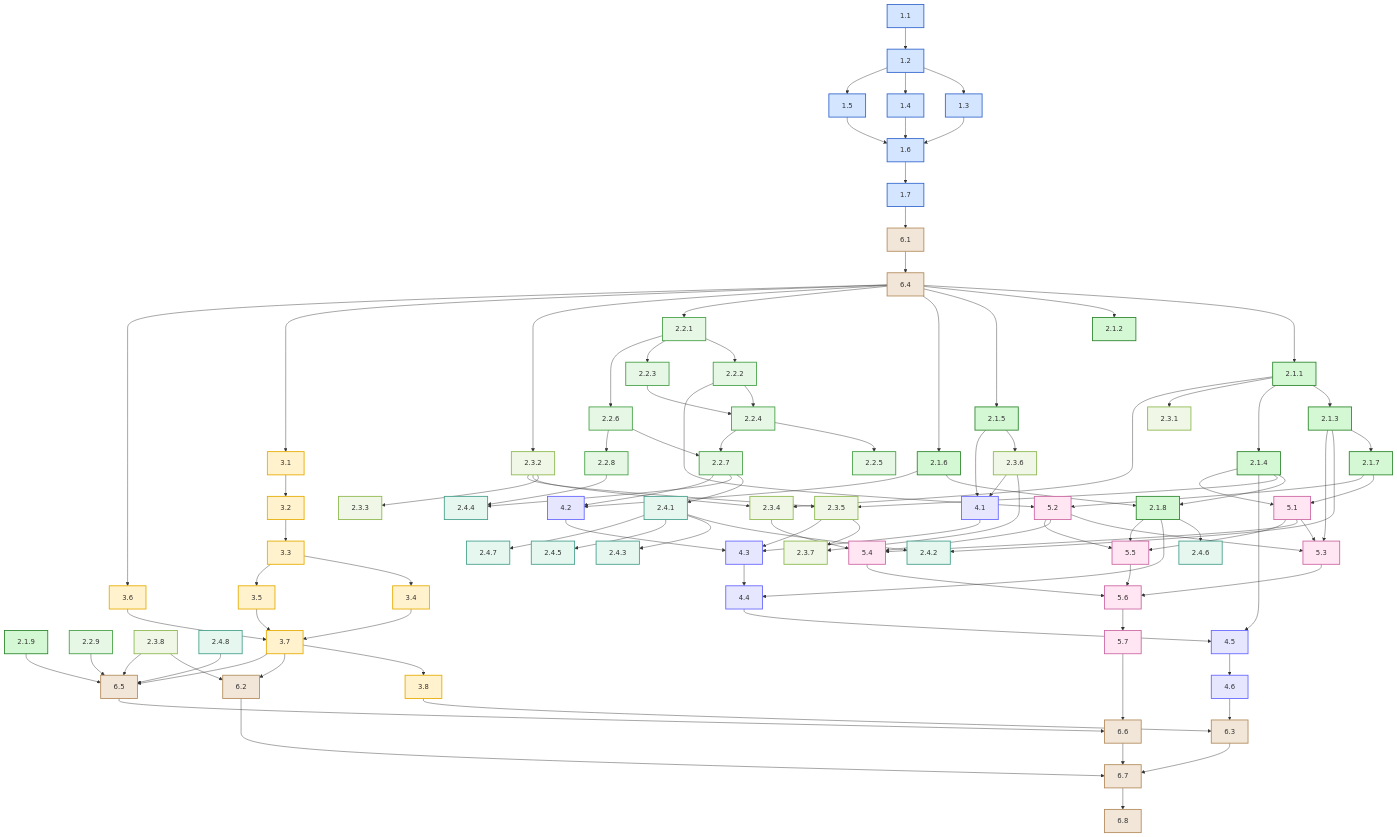
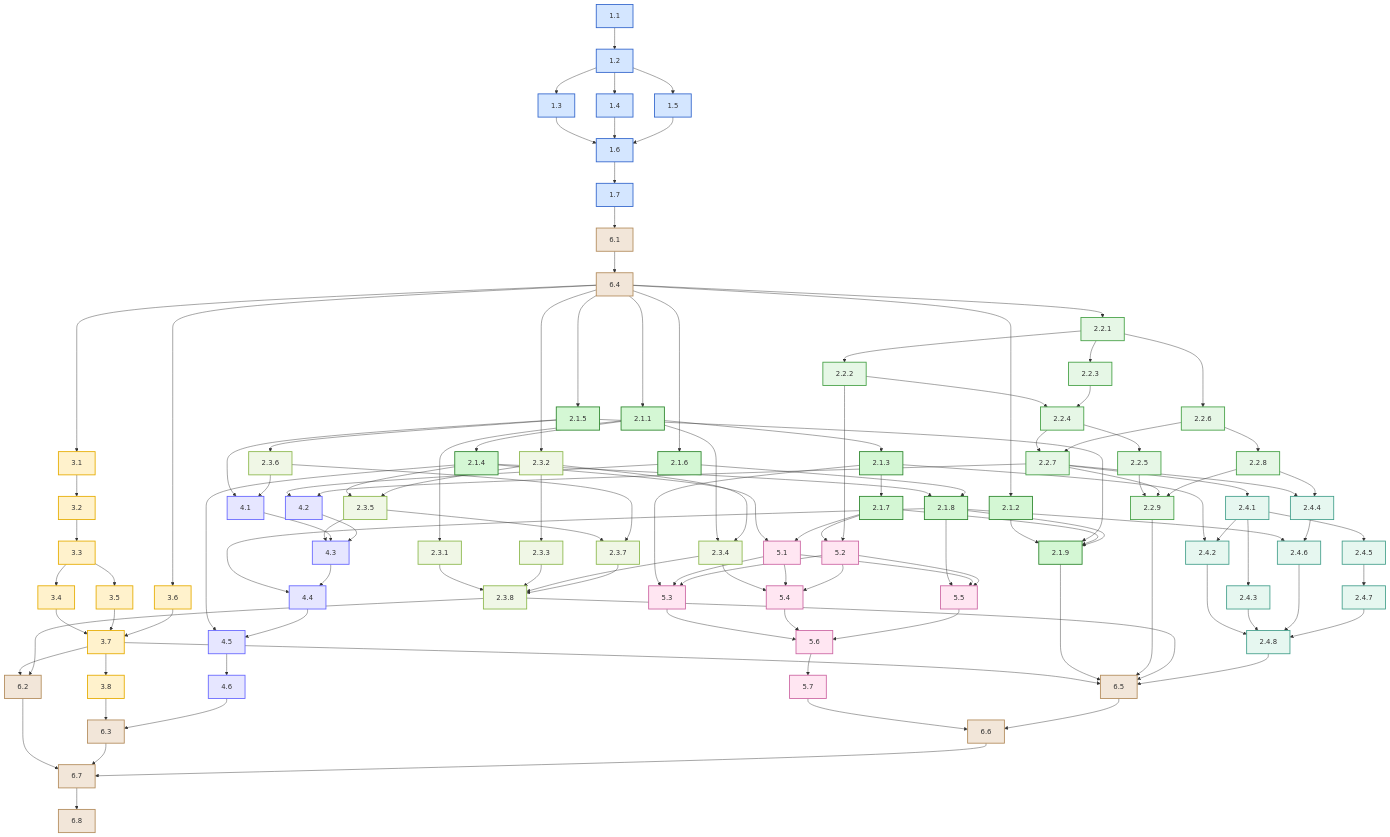
Before and after one commit to Oldranda1414/SP2PFL-ProjectManagement: the first of 2 diagrams in docs/planning.md, drawn with Mermaid. The commit also changed other lines of this file, not shown here.

Commit message:
fix minor mistakes in dependency graph

```diff
--- a/docs/planning.md
+++ b/docs/planning.md
@@ -578,18 +582,22 @@
     2.1.1 --> 2.3.1
     2.1.1 --> 2.3.4
     2.1.3 --> 2.1.7
+    2.1.2 --> 2.1.9
     2.1.3 --> 2.4.2
     2.1.3 --> 5.3
     2.1.4 --> 2.1.8
     2.1.4 --> 2.3.5
     2.1.4 --> 4.5
     2.1.4 --> 5.1
+    2.1.5 --> 2.1.9
     2.1.5 --> 2.3.6
     2.1.5 --> 4.1
     2.1.6 --> 2.1.8
     2.1.6 --> 4.2
+    2.1.7 --> 2.1.9
     2.1.7 --> 5.1
     2.1.7 --> 5.2
+    2.1.8 --> 2.1.9
     2.1.8 --> 2.4.6
     2.1.8 --> 4.4
     2.1.8 --> 5.5
@@ -603,28 +611,40 @@
     2.2.3 --> 2.2.4
     2.2.4 --> 2.2.5
     2.2.4 --> 2.2.7
+    2.2.5 --> 2.2.9
     2.2.6 --> 2.2.7
     2.2.6 --> 2.2.8
+    2.2.7 --> 2.2.9
     2.2.7 --> 2.4.1
     2.2.7 --> 2.4.4
     2.2.7 --> 4.2
+    2.2.8 --> 2.2.9
     2.2.8 --> 2.4.4
     
     %%% Federation Management Dependencies
+    2.3.1 --> 2.3.8
     2.3.2 --> 2.3.3
     2.3.2 --> 2.3.4
     2.3.2 --> 2.3.5
+    2.3.3 --> 2.3.8
+    2.3.4 --> 2.3.8
     2.3.4 --> 5.4
     2.3.5 --> 2.3.7
     2.3.5 --> 4.3
     2.3.6 --> 2.3.7
     2.3.6 --> 4.1
+    2.3.7 --> 2.3.8
     
     %%% Model Storage Dependencies
     2.4.1 --> 2.4.2
     2.4.1 --> 2.4.3
     2.4.1 --> 2.4.5
-    2.4.1 --> 2.4.7
+    2.4.2 --> 2.4.8
+    2.4.3 --> 2.4.8
+    2.4.4 --> 2.4.6
+    2.4.5 --> 2.4.7
+    2.4.6 --> 2.4.8
+    2.4.7 --> 2.4.8
     
     %%% Infrastructure Dependencies
     3.1 --> 3.2
@@ -637,6 +657,7 @@
     3.7 --> 3.8
     3.7 --> 6.2
     3.7 --> 6.5
+    3.8 --> 6.3
     
     %%% Federated Learning Dependencies
     4.1 --> 4.3
@@ -645,7 +666,6 @@
     4.4 --> 4.5
     4.5 --> 4.6
     4.6 --> 6.3
-    3.8 --> 6.3
     
     %%% UI/UX Dependencies
     5.1 --> 5.3
```
